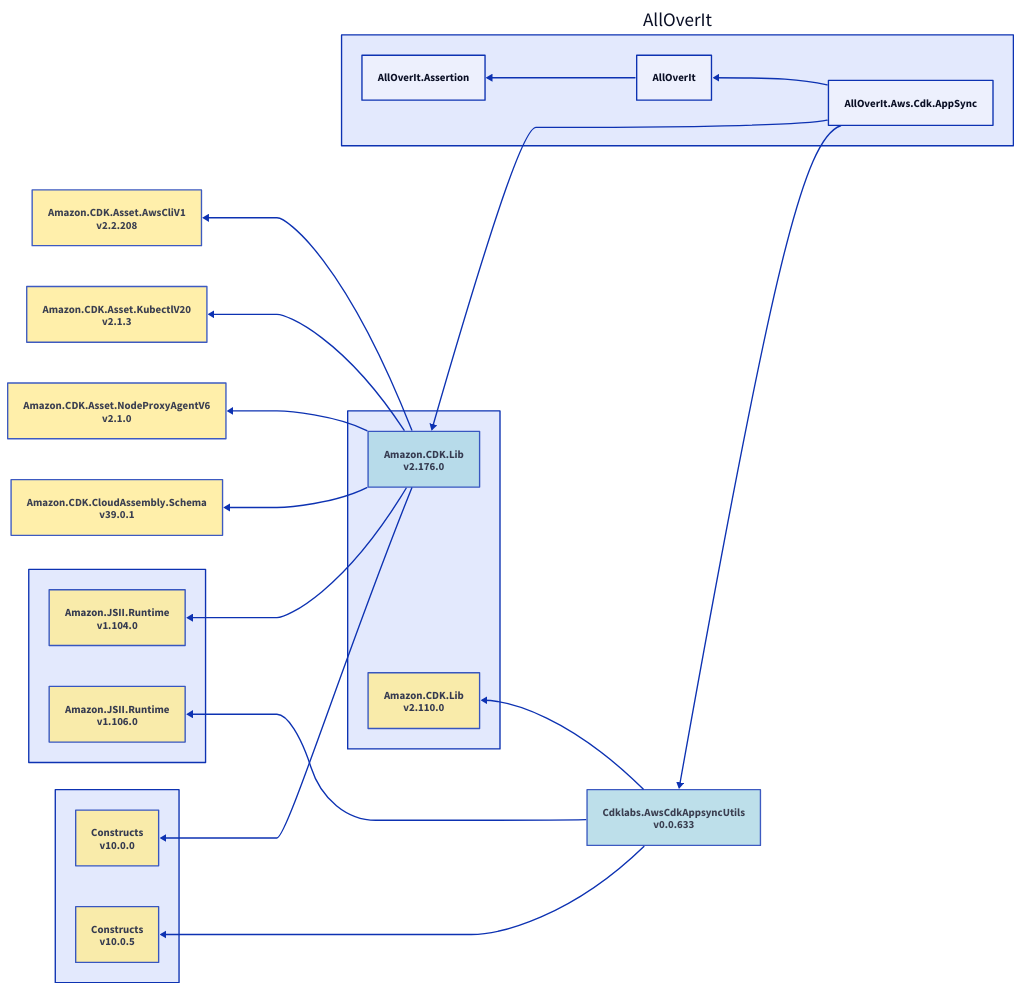
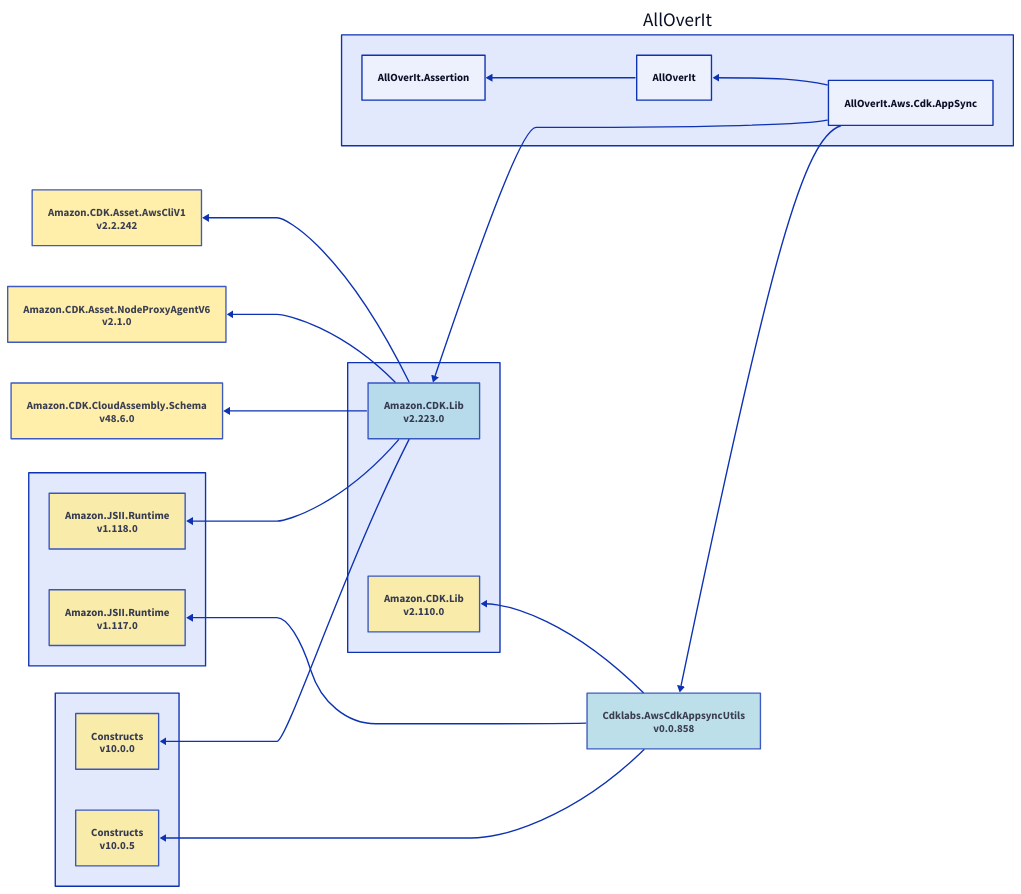
One commit to mjfreelancing/AllOverIt changed the diagram in Docs/Reference/Content/images/dependencies/net9.0/alloverit-aws-cdk-appsync.d2. Above: the diagram before and after it, drawn with D2. The commit also changed 163 other files, not shown here.

```diff
--- a/Docs/Reference/Content/images/dependencies/net9.0/alloverit-aws-cdk-appsync.d2
+++ b/Docs/Reference/Content/images/dependencies/net9.0/alloverit-aws-cdk-appsync.d2
@@ -1,55 +1,51 @@
 direction: left
 
 aoi: AllOverIt
 aoi.alloverit-aws-cdk-appsync: AllOverIt.Aws.Cdk.AppSync
 amazon-cdk-lib-group: ""
-amazon-cdk-lib-group.amazon-cdk-lib_2-176-0: Amazon.CDK.Lib\nv2.176.0
-amazon-cdk-lib-group.amazon-cdk-lib_2-176-0.style.fill: "#ADD8E6"
-amazon-cdk-lib-group.amazon-cdk-lib_2-176-0.style.opacity: 0.8
-amazon-cdk-asset-awscliv1_2-2-208: Amazon.CDK.Asset.AwsCliV1\nv2.2.208
-amazon-cdk-asset-awscliv1_2-2-208.style.fill: "#FFEC96"
-amazon-cdk-asset-awscliv1_2-2-208.style.opacity: 0.8
-amazon-cdk-asset-awscliv1_2-2-208 <- amazon-cdk-lib-group.amazon-cdk-lib_2-176-0
-amazon-cdk-asset-kubectlv20_2-1-3: Amazon.CDK.Asset.KubectlV20\nv2.1.3
-amazon-cdk-asset-kubectlv20_2-1-3.style.fill: "#FFEC96"
-amazon-cdk-asset-kubectlv20_2-1-3.style.opacity: 0.8
-amazon-cdk-asset-kubectlv20_2-1-3 <- amazon-cdk-lib-group.amazon-cdk-lib_2-176-0
+amazon-cdk-lib-group.amazon-cdk-lib_2-223-0: Amazon.CDK.Lib\nv2.223.0
+amazon-cdk-lib-group.amazon-cdk-lib_2-223-0.style.fill: "#ADD8E6"
+amazon-cdk-lib-group.amazon-cdk-lib_2-223-0.style.opacity: 0.8
+amazon-cdk-asset-awscliv1_2-2-242: Amazon.CDK.Asset.AwsCliV1\nv2.2.242
+amazon-cdk-asset-awscliv1_2-2-242.style.fill: "#FFEC96"
+amazon-cdk-asset-awscliv1_2-2-242.style.opacity: 0.8
+amazon-cdk-asset-awscliv1_2-2-242 <- amazon-cdk-lib-group.amazon-cdk-lib_2-223-0
 amazon-cdk-asset-nodeproxyagentv6_2-1-0: Amazon.CDK.Asset.NodeProxyAgentV6\nv2.1.0
 amazon-cdk-asset-nodeproxyagentv6_2-1-0.style.fill: "#FFEC96"
 amazon-cdk-asset-nodeproxyagentv6_2-1-0.style.opacity: 0.8
-amazon-cdk-asset-nodeproxyagentv6_2-1-0 <- amazon-cdk-lib-group.amazon-cdk-lib_2-176-0
-amazon-cdk-cloudassembly-schema_39-0-1: Amazon.CDK.CloudAssembly.Schema\nv39.0.1
-amazon-cdk-cloudassembly-schema_39-0-1.style.fill: "#FFEC96"
-amazon-cdk-cloudassembly-schema_39-0-1.style.opacity: 0.8
-amazon-cdk-cloudassembly-schema_39-0-1 <- amazon-cdk-lib-group.amazon-cdk-lib_2-176-0
+amazon-cdk-asset-nodeproxyagentv6_2-1-0 <- amazon-cdk-lib-group.amazon-cdk-lib_2-223-0
+amazon-cdk-cloudassembly-schema_48-6-0: Amazon.CDK.CloudAssembly.Schema\nv48.6.0
+amazon-cdk-cloudassembly-schema_48-6-0.style.fill: "#FFEC96"
+amazon-cdk-cloudassembly-schema_48-6-0.style.opacity: 0.8
+amazon-cdk-cloudassembly-schema_48-6-0 <- amazon-cdk-lib-group.amazon-cdk-lib_2-223-0
 amazon-jsii-runtime-group: ""
-amazon-jsii-runtime-group.amazon-jsii-runtime_1-104-0: Amazon.JSII.Runtime\nv1.104.0
-amazon-jsii-runtime-group.amazon-jsii-runtime_1-104-0.style.fill: "#FFEC96"
-amazon-jsii-runtime-group.amazon-jsii-runtime_1-104-0.style.opacity: 0.8
-amazon-jsii-runtime-group.amazon-jsii-runtime_1-104-0 <- amazon-cdk-lib-group.amazon-cdk-lib_2-176-0
+amazon-jsii-runtime-group.amazon-jsii-runtime_1-118-0: Amazon.JSII.Runtime\nv1.118.0
+amazon-jsii-runtime-group.amazon-jsii-runtime_1-118-0.style.fill: "#FFEC96"
+amazon-jsii-runtime-group.amazon-jsii-runtime_1-118-0.style.opacity: 0.8
+amazon-jsii-runtime-group.amazon-jsii-runtime_1-118-0 <- amazon-cdk-lib-group.amazon-cdk-lib_2-223-0
 constructs-group: ""
 constructs-group.constructs_10-0-0: Constructs\nv10.0.0
 constructs-group.constructs_10-0-0.style.fill: "#FFEC96"
 constructs-group.constructs_10-0-0.style.opacity: 0.8
-constructs-group.constructs_10-0-0 <- amazon-cdk-lib-group.amazon-cdk-lib_2-176-0
-amazon-cdk-lib-group.amazon-cdk-lib_2-176-0 <- aoi.alloverit-aws-cdk-appsync
-cdklabs-awscdkappsyncutils_0-0-633: Cdklabs.AwsCdkAppsyncUtils\nv0.0.633
-cdklabs-awscdkappsyncutils_0-0-633.style.fill: "#ADD8E6"
-cdklabs-awscdkappsyncutils_0-0-633.style.opacity: 0.8
+constructs-group.constructs_10-0-0 <- amazon-cdk-lib-group.amazon-cdk-lib_2-223-0
+amazon-cdk-lib-group.amazon-cdk-lib_2-223-0 <- aoi.alloverit-aws-cdk-appsync
+cdklabs-awscdkappsyncutils_0-0-858: Cdklabs.AwsCdkAppsyncUtils\nv0.0.858
+cdklabs-awscdkappsyncutils_0-0-858.style.fill: "#ADD8E6"
+cdklabs-awscdkappsyncutils_0-0-858.style.opacity: 0.8
 amazon-cdk-lib-group.amazon-cdk-lib_2-110-0: Amazon.CDK.Lib\nv2.110.0
 amazon-cdk-lib-group.amazon-cdk-lib_2-110-0.style.fill: "#FFEC96"
 amazon-cdk-lib-group.amazon-cdk-lib_2-110-0.style.opacity: 0.8
-amazon-cdk-lib-group.amazon-cdk-lib_2-110-0 <- cdklabs-awscdkappsyncutils_0-0-633
-amazon-jsii-runtime-group.amazon-jsii-runtime_1-106-0: Amazon.JSII.Runtime\nv1.106.0
-amazon-jsii-runtime-group.amazon-jsii-runtime_1-106-0.style.fill: "#FFEC96"
-amazon-jsii-runtime-group.amazon-jsii-runtime_1-106-0.style.opacity: 0.8
-amazon-jsii-runtime-group.amazon-jsii-runtime_1-106-0 <- cdklabs-awscdkappsyncutils_0-0-633
+amazon-cdk-lib-group.amazon-cdk-lib_2-110-0 <- cdklabs-awscdkappsyncutils_0-0-858
+amazon-jsii-runtime-group.amazon-jsii-runtime_1-117-0: Amazon.JSII.Runtime\nv1.117.0
+amazon-jsii-runtime-group.amazon-jsii-runtime_1-117-0.style.fill: "#FFEC96"
+amazon-jsii-runtime-group.amazon-jsii-runtime_1-117-0.style.opacity: 0.8
+amazon-jsii-runtime-group.amazon-jsii-runtime_1-117-0 <- cdklabs-awscdkappsyncutils_0-0-858
 constructs-group.constructs_10-0-5: Constructs\nv10.0.5
 constructs-group.constructs_10-0-5.style.fill: "#FFEC96"
 constructs-group.constructs_10-0-5.style.opacity: 0.8
-constructs-group.constructs_10-0-5 <- cdklabs-awscdkappsyncutils_0-0-633
-cdklabs-awscdkappsyncutils_0-0-633 <- aoi.alloverit-aws-cdk-appsync
+constructs-group.constructs_10-0-5 <- cdklabs-awscdkappsyncutils_0-0-858
+cdklabs-awscdkappsyncutils_0-0-858 <- aoi.alloverit-aws-cdk-appsync
 aoi.alloverit: AllOverIt
 aoi.alloverit-assertion: AllOverIt.Assertion
 aoi.alloverit-assertion <- aoi.alloverit
 aoi.alloverit <- aoi.alloverit-aws-cdk-appsync
```
